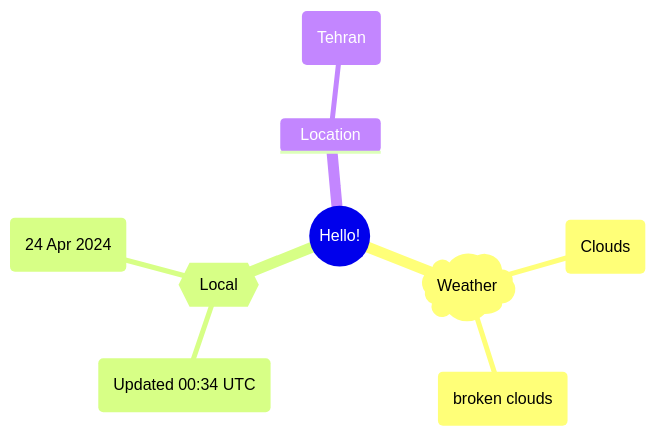
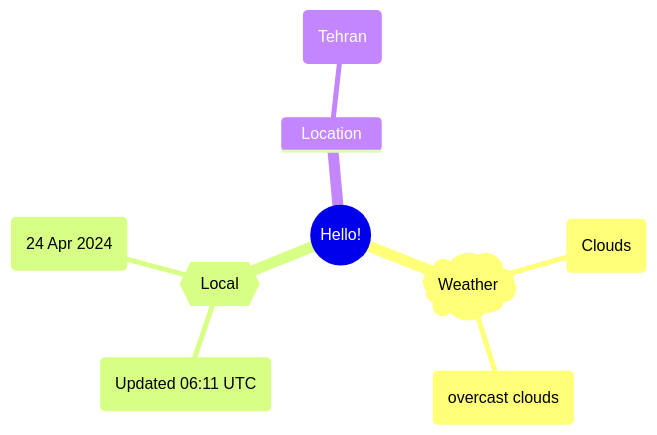
One commit to Xosrov/Xosrov changed the first of 2 diagrams in README.md. Above: the diagram before and after it, drawn with Mermaid.

Commit message:
[bot] updated images

````diff
--- a/README.md
+++ b/README.md
@@ -3,12 +3,12 @@
 ```mermaid
 mindmap
   root((Hello!))
     )Weather(
         (Clouds)
-        (broken clouds)
+        (overcast clouds)
     {{Local}}
-        (Updated 00:34 UTC)
+        (Updated 06:11 UTC)
         (24 Apr 2024)
     Location
         (Tehran)
 ```
````
